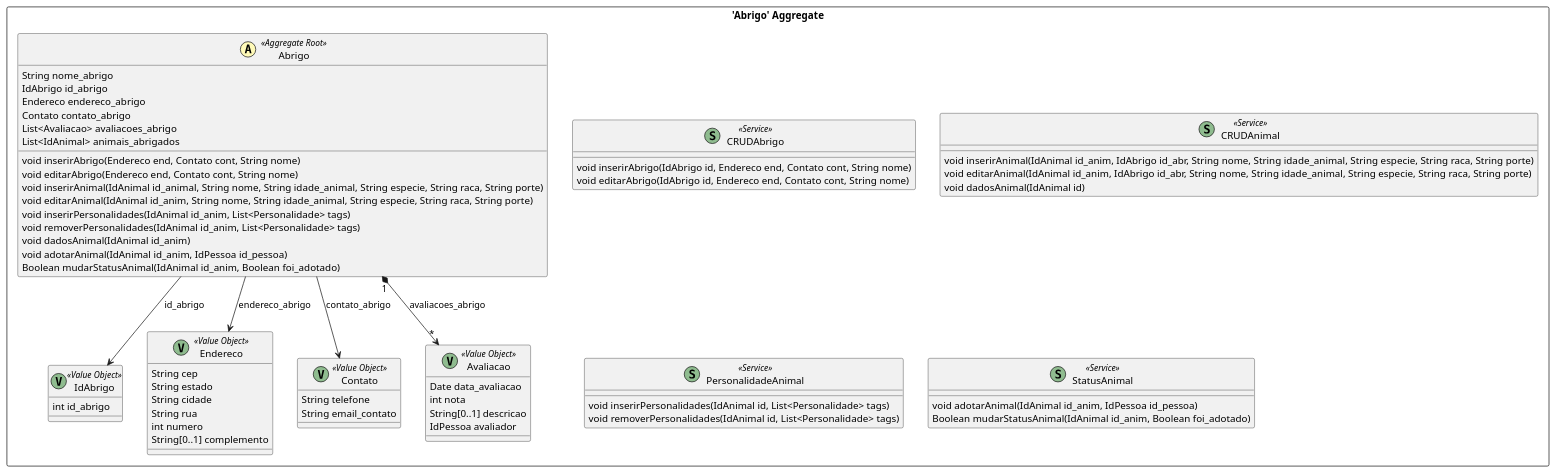
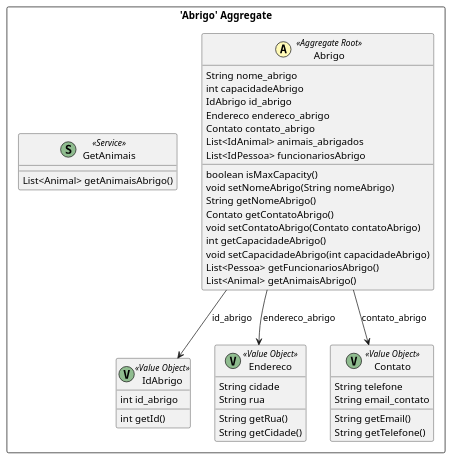
The diagram in mapaContexto/mapaContexto/src-gen/mapaContexto_BC_Adocao_Abrigo.puml (Gabriel-Chaves0/Projeto-Requisitos), drawn with PlantUML before and after one commit. The commit also changed 7 other files, not shown here.

```diff
--- a/mapaContexto/mapaContexto/src-gen/mapaContexto_BC_Adocao_Abrigo.puml
+++ b/mapaContexto/mapaContexto/src-gen/mapaContexto_BC_Adocao_Abrigo.puml
@@ -1,68 +1,49 @@
 @startuml
 
 skinparam componentStyle uml2
 
 package "'Abrigo' Aggregate" <<Rectangle>> {
 	class Abrigo <<(A,#fffab8) Aggregate Root>> {
 		String nome_abrigo
+		int capacidadeAbrigo
 		IdAbrigo id_abrigo
 		Endereco endereco_abrigo
 		Contato contato_abrigo
-		List<Avaliacao> avaliacoes_abrigo
 		List<IdAnimal> animais_abrigados
-		void inserirAbrigo(Endereco end, Contato cont, String nome)
-		void editarAbrigo(Endereco end, Contato cont, String nome)
-		void inserirAnimal(IdAnimal id_animal, String nome, String idade_animal, String especie, String raca, String porte)
-		void editarAnimal(IdAnimal id_anim, String nome, String idade_animal, String especie, String raca, String porte)
-		void inserirPersonalidades(IdAnimal id_anim, List<Personalidade> tags)
-		void removerPersonalidades(IdAnimal id_anim, List<Personalidade> tags)
-		void dadosAnimal(IdAnimal id_anim)
-		void adotarAnimal(IdAnimal id_anim, IdPessoa id_pessoa)
-		Boolean mudarStatusAnimal(IdAnimal id_anim, Boolean foi_adotado)
+		List<IdPessoa> funcionariosAbrigo
+		boolean isMaxCapacity()
+		void setNomeAbrigo(String nomeAbrigo)
+		String getNomeAbrigo()
+		Contato getContatoAbrigo()
+		void setContatoAbrigo(Contato contatoAbrigo)
+		int getCapacidadeAbrigo()
+		void setCapacidadeAbrigo(int capacidadeAbrigo)
+		List<Pessoa> getFuncionariosAbrigo()
+		List<Animal> getAnimaisAbrigo()
 	}
 	class IdAbrigo <<(V,DarkSeaGreen) Value Object>> {
 		int id_abrigo
+		int getId()
 	}
 	class Endereco <<(V,DarkSeaGreen) Value Object>> {
-		String cep
-		String estado
 		String cidade
 		String rua
-		int numero
-		String[0..1] complemento
+		String getRua()
+		String getCidade()
 	}
 	class Contato <<(V,DarkSeaGreen) Value Object>> {
 		String telefone
 		String email_contato
+		String getEmail()
+		String getTelefone()
 	}
-	class Avaliacao <<(V,DarkSeaGreen) Value Object>> {
-		Date data_avaliacao
-		int nota
-		String[0..1] descricao
-		IdPessoa avaliador
-	}
-	class CRUDAbrigo <<(S,DarkSeaGreen) Service>> {
-		void inserirAbrigo(IdAbrigo id, Endereco end, Contato cont, String nome)
-		void editarAbrigo(IdAbrigo id, Endereco end, Contato cont, String nome)
-	}
-	class CRUDAnimal <<(S,DarkSeaGreen) Service>> {
-		void inserirAnimal(IdAnimal id_anim, IdAbrigo id_abr, String nome, String idade_animal, String especie, String raca, String porte)
-		void editarAnimal(IdAnimal id_anim, IdAbrigo id_abr, String nome, String idade_animal, String especie, String raca, String porte)
-		void dadosAnimal(IdAnimal id)
-	}
-	class PersonalidadeAnimal <<(S,DarkSeaGreen) Service>> {
-		void inserirPersonalidades(IdAnimal id, List<Personalidade> tags)
-		void removerPersonalidades(IdAnimal id, List<Personalidade> tags)
-	}
-	class StatusAnimal <<(S,DarkSeaGreen) Service>> {
-		void adotarAnimal(IdAnimal id_anim, IdPessoa id_pessoa)
-		Boolean mudarStatusAnimal(IdAnimal id_anim, Boolean foi_adotado)
+	class GetAnimais <<(S,DarkSeaGreen) Service>> {
+		List<Animal> getAnimaisAbrigo()
 	}
 }
 Abrigo --> IdAbrigo : id_abrigo
 Abrigo --> Endereco : endereco_abrigo
 Abrigo --> Contato : contato_abrigo
-Abrigo "1" *--> "*" Avaliacao : avaliacoes_abrigo
 
 
 @enduml
```
